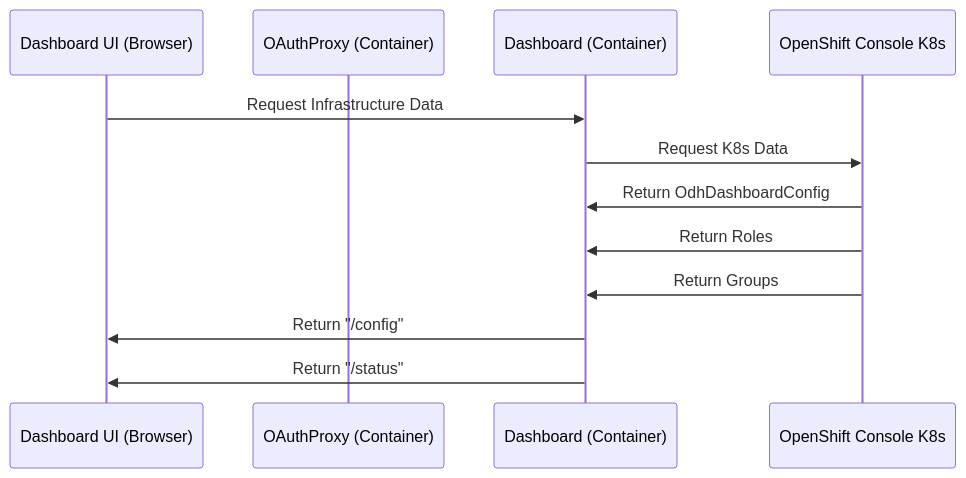
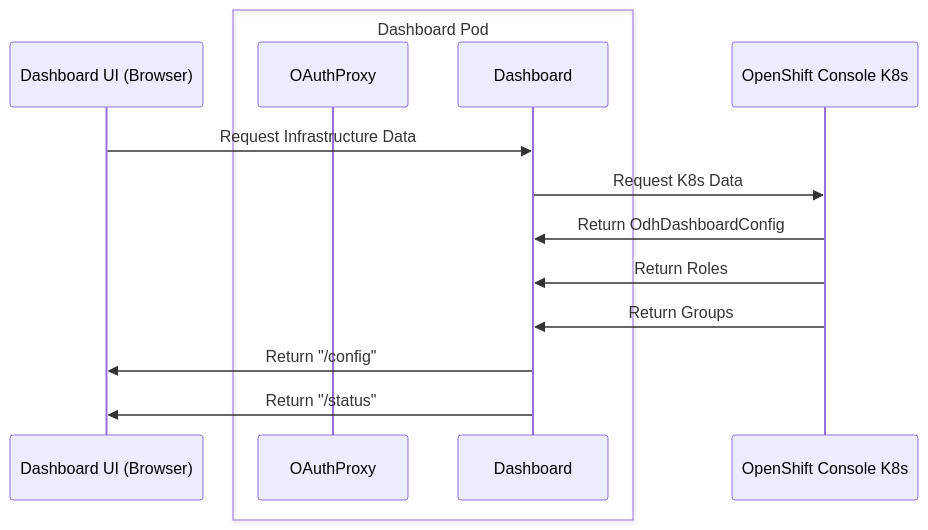
The second of 2 diagrams in documentation/components/dashboard/README.md (andrewballantyne/architecture-decision-records), drawn with Mermaid before and after one commit.

````diff
--- a/documentation/components/dashboard/README.md
+++ b/documentation/components/dashboard/README.md
@@ -39,15 +39,17 @@
 ```mermaid
 sequenceDiagram
     participant DashboardUI as Dashboard UI (Browser)
-    participant OAuthProxy as OAuthProxy (Container)
-    participant Dashboard as Dashboard (Container)
+    box Dashboard Pod
+    participant OAuthProxy
+    participant Dashboard
+    end
     participant OpenShift as OpenShift Console K8s
 
     DashboardUI->>Dashboard: Request Infrastructure Data
     Dashboard->>OpenShift: Request K8s Data
     OpenShift->>Dashboard: Return OdhDashboardConfig
     OpenShift->>Dashboard: Return Roles
     OpenShift->>Dashboard: Return Groups
     Dashboard->>DashboardUI: Return "/config"
     Dashboard->>DashboardUI: Return "/status"
 ```
````
